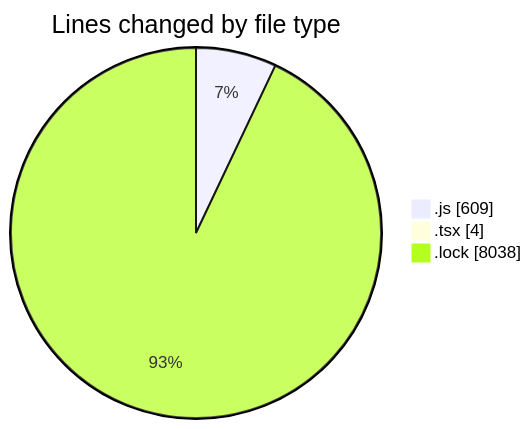
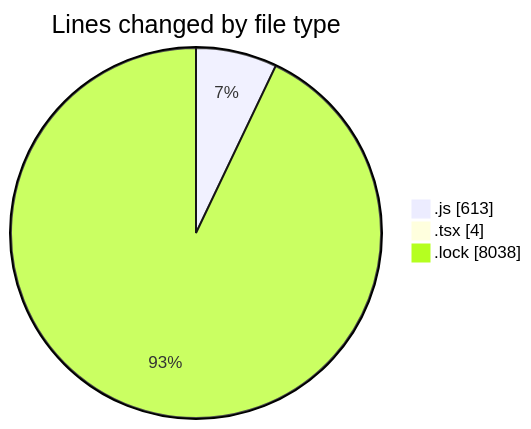
One commit to momahboobian/code-tracking changed the first of 2 diagrams in 2025-03-11/cda/README.md. Above: the diagram before and after it, drawn with Mermaid. The commit also changed other lines of this file and 1 other file, not shown here.

````diff
--- a/2025-03-11/cda/README.md
+++ b/2025-03-11/cda/README.md
@@ -30,7 +30,7 @@
 ```mermaid
 pie showData
 title Lines changed by file type
-".js" : 609
+".js" : 613
 ".tsx" : 4
 ".lock" : 8038
 ```
````
